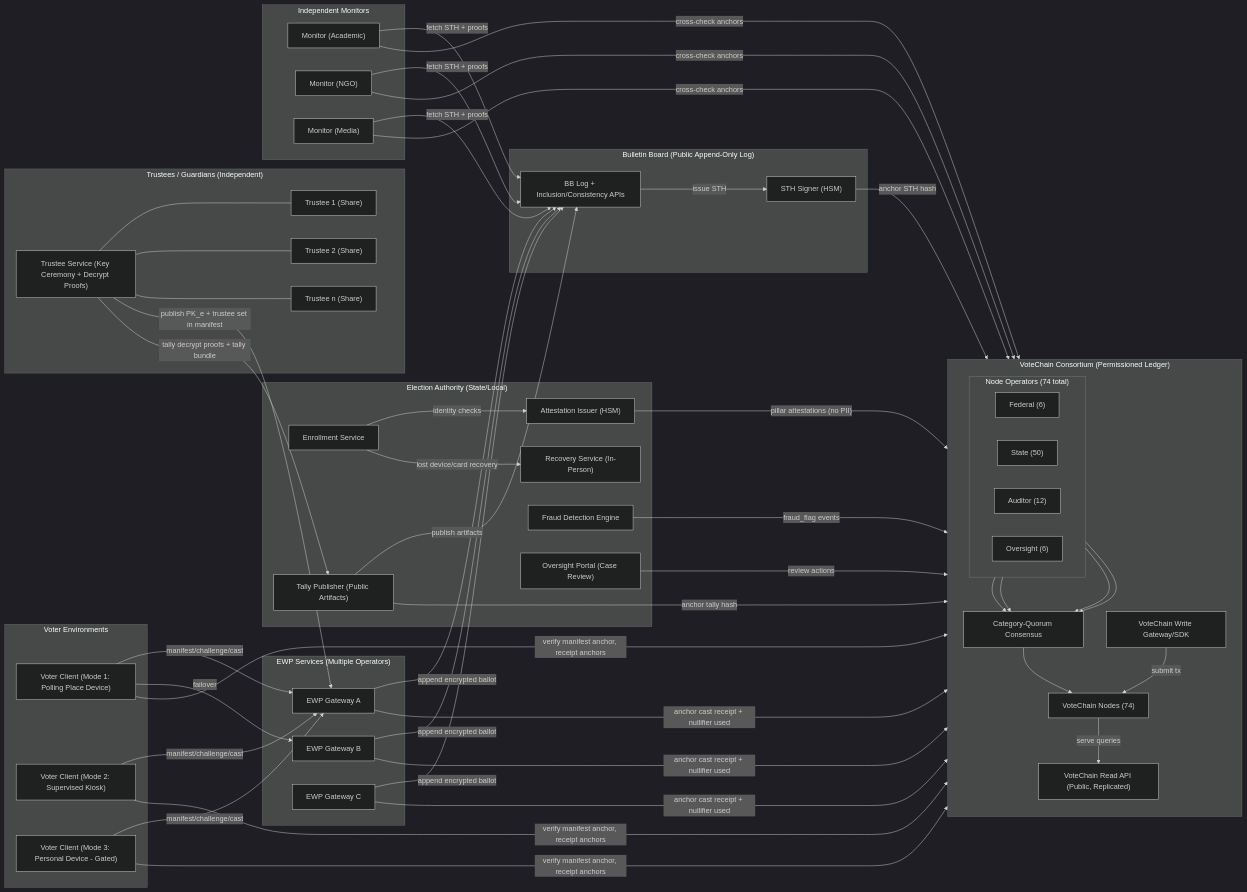
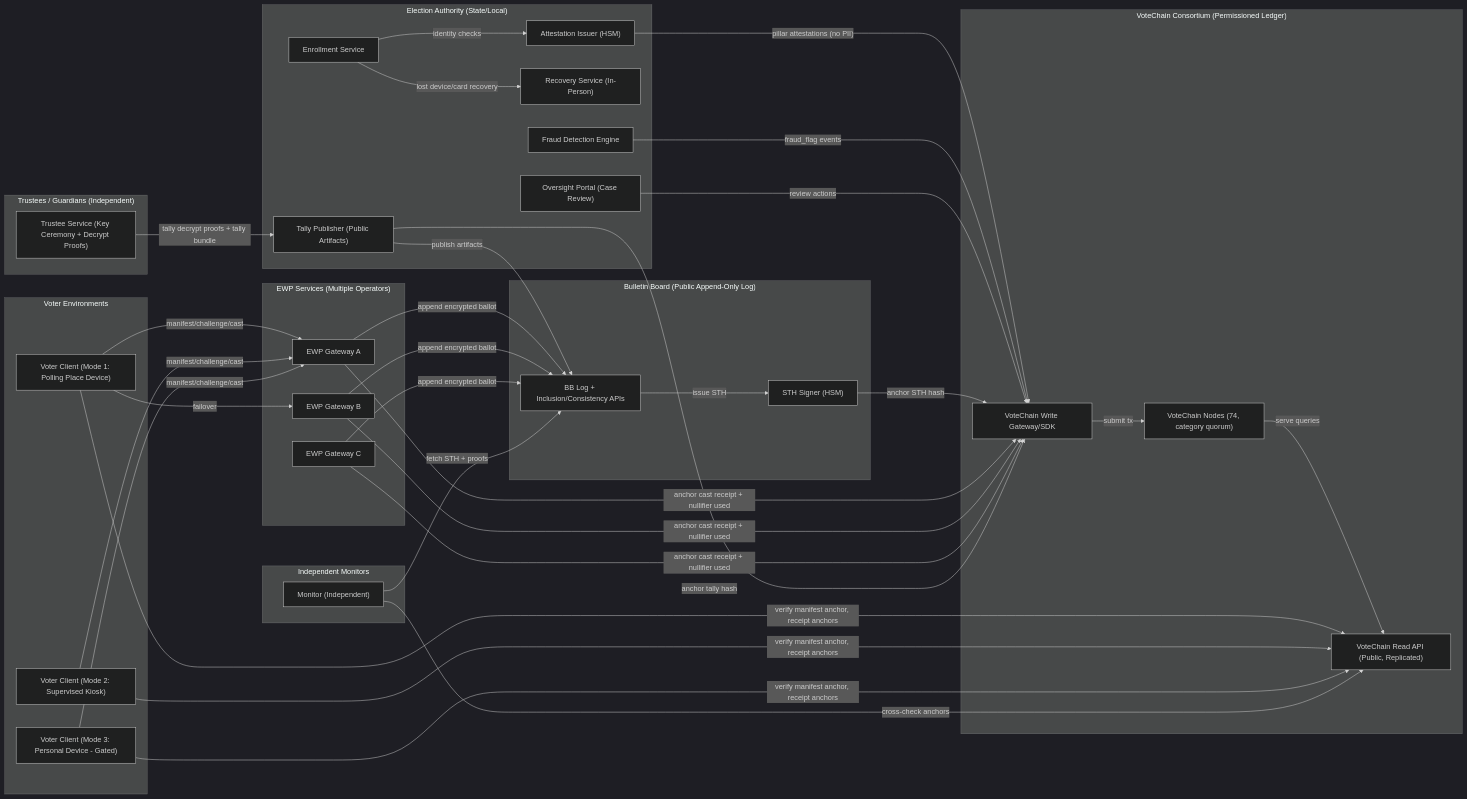
Before and after one commit to AbsurdityIndex/absurdityindex.org: the fourth of 4 diagrams in docs/votechain-architecture.md, drawn with Mermaid (dark theme). The commit also changed other lines of this file and 1 other file, not shown here.

```diff
--- a/docs/votechain-architecture.md
+++ b/docs/votechain-architecture.md
@@ -111,25 +220,9 @@
 
   %% VoteChain consortium
   subgraph VCL["VoteChain Consortium (Permissioned Ledger)"]
-    direction TB
-    subgraph VCL_OPS["Node Operators (74 total)"]
-      direction LR
-      VF["Federal (6)"]
-      VS["State (50)"]
-      VA["Auditor (12)"]
-      VO["Oversight (6)"]
-    end
-
-    VCLCQ["Category-Quorum Consensus"]
-    VCLN["VoteChain Nodes (74)"]
     VCLW["VoteChain Write Gateway/SDK"]
+    VCLN["VoteChain Nodes (74, category quorum)"]
     VCLR["VoteChain Read API (Public, Replicated)"]
-
-    VF --> VCLCQ
-    VS --> VCLCQ
-    VA --> VCLCQ
-    VO --> VCLCQ
-    VCLCQ --> VCLN
     VCLW -->|submit tx| VCLN
     VCLN -->|serve queries| VCLR
   end
@@ -146,18 +239,12 @@
     STH["STH Signer (HSM)"]
   end
 
-  %% Trustees and monitors
   subgraph TRUSTEES["Trustees / Guardians (Independent)"]
     TS["Trustee Service (Key Ceremony + Decrypt Proofs)"]
-    T1["Trustee 1 (Share)"]
-    T2["Trustee 2 (Share)"]
-    TN["Trustee n (Share)"]
   end
 
   subgraph MON["Independent Monitors"]
-    M1["Monitor (Academic)"]
-    M2["Monitor (NGO)"]
-    M3["Monitor (Media)"]
+    M["Monitor (Independent)"]
   end
 
   %% Enrollment and credential lifecycle
@@ -189,18 +276,10 @@
   G3 -->|anchor cast receipt + nullifier used| VCLW
 
   %% Monitors detect equivocation/suppression
-  M1 -->|fetch STH + proofs| BLOG
-  M2 -->|fetch STH + proofs| BLOG
-  M3 -->|fetch STH + proofs| BLOG
-  M1 -->|cross-check anchors| VCLR
-  M2 -->|cross-check anchors| VCLR
-  M3 -->|cross-check anchors| VCLR
+  M -->|fetch STH + proofs| BLOG
+  M -->|cross-check anchors| VCLR
 
-  %% Trustees: key ceremony (pre-election) + tally (post-election)
-  TS --- T1
-  TS --- T2
-  TS --- TN
-  TS -->|publish PK_e + trustee set in manifest| G1
+  %% Trustees: tally (post-election)
   TS -->|tally decrypt proofs + tally bundle| TP
   TP -->|anchor tally hash| VCLW
   TP -->|publish artifacts| BLOG
```
